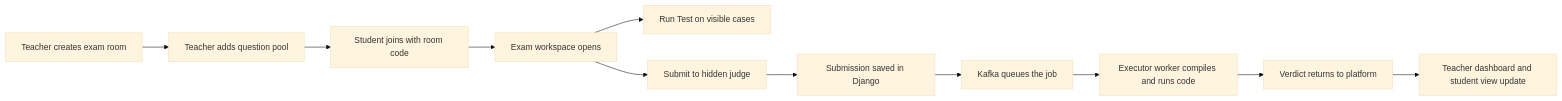
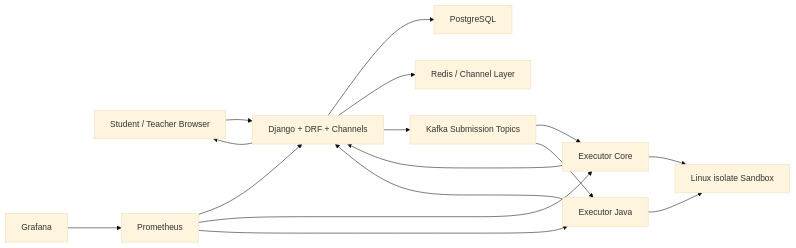
The first of 2 diagrams in README.md (Nava-deep/judge_vortex), drawn with Mermaid (base theme) before and after one commit. The commit also changed other lines of this file and 5 other files, not shown here.

````diff
--- a/README.md
+++ b/README.md
@@ -88,13 +122,18 @@
 ```mermaid
 flowchart LR
-    A["Teacher creates exam room"] --> B["Teacher adds question pool"]
-    B --> C["Student joins with room code"]
-    C --> D["Exam workspace opens"]
-    D --> E["Run Test on visible cases"]
-    D --> F["Submit to hidden judge"]
-    F --> G["Submission saved in Django"]
-    G --> H["Kafka queues the job"]
-    H --> I["Executor worker compiles and runs code"]
-    I --> J["Verdict returns to platform"]
-    J --> K["Teacher dashboard and student view update"]
+    Browser["Student / Teacher Browser"] --> Django["Django + DRF + Channels"]
+    Django --> Postgres["PostgreSQL"]
+    Django --> Redis["Redis / Channel Layer"]
+    Django --> Kafka["Kafka Submission Topics"]
+    Kafka --> CoreExec["Executor Core"]
+    Kafka --> JavaExec["Executor Java"]
+    CoreExec --> Isolate["Linux isolate Sandbox"]
+    JavaExec --> Isolate
+    CoreExec --> Django
+    JavaExec --> Django
+    Django --> Browser
+    Prometheus["Prometheus"] --> Django
+    Prometheus --> CoreExec
+    Prometheus --> JavaExec
+    Grafana["Grafana"] --> Prometheus
 ```
````
